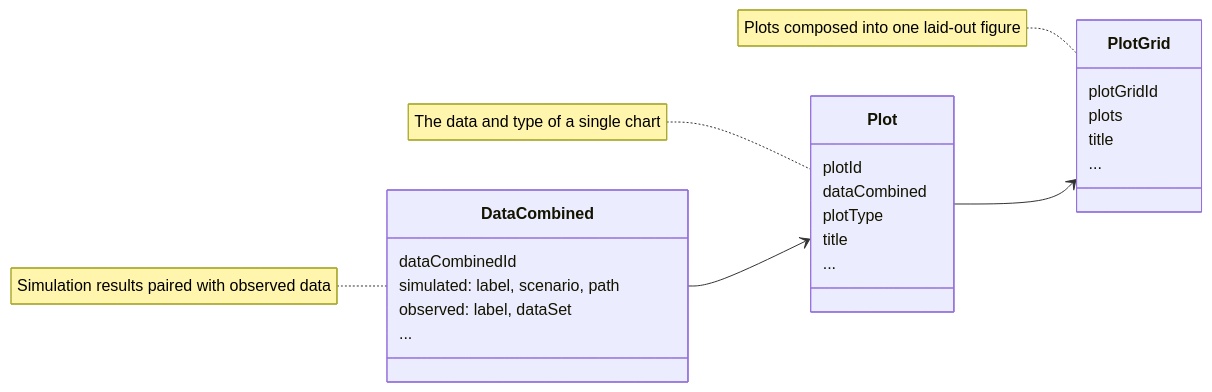
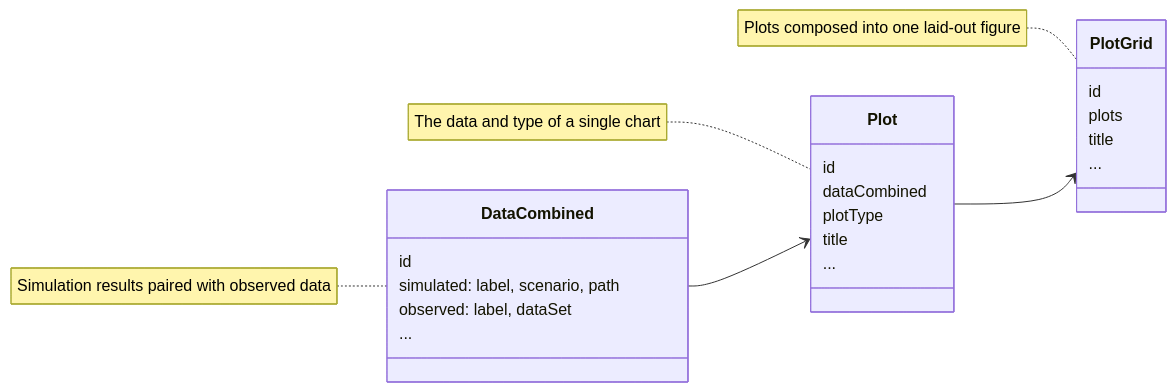
Before and after one commit to esqLABS/esqlabsR: the diagram in vignettes/about-the-plotting-model.qmd, drawn with Mermaid. The commit also changed 37 other files, not shown here.

````diff
--- a/vignettes/about-the-plotting-model.qmd
+++ b/vignettes/about-the-plotting-model.qmd
@@ -33,29 +33,29 @@
 ```{mermaid}
 classDiagram
     direction LR
     class DataCombined {
-        dataCombinedId
+        id
         simulated: label, scenario, path
         observed: label, dataSet
         ...
     }
     class Plot {
-        plotId
+        id
         dataCombined
         plotType
         title
         ...
     }
     class PlotGrid {
-        plotGridId
+        id
         plots
         title
         ...
     }
     DataCombined --> Plot
     Plot --> PlotGrid
 
     note for DataCombined "Simulation results paired with observed data"
     note for Plot "The data and type of a single chart"
     note for PlotGrid "Plots composed into one laid-out figure"
 ```
````
